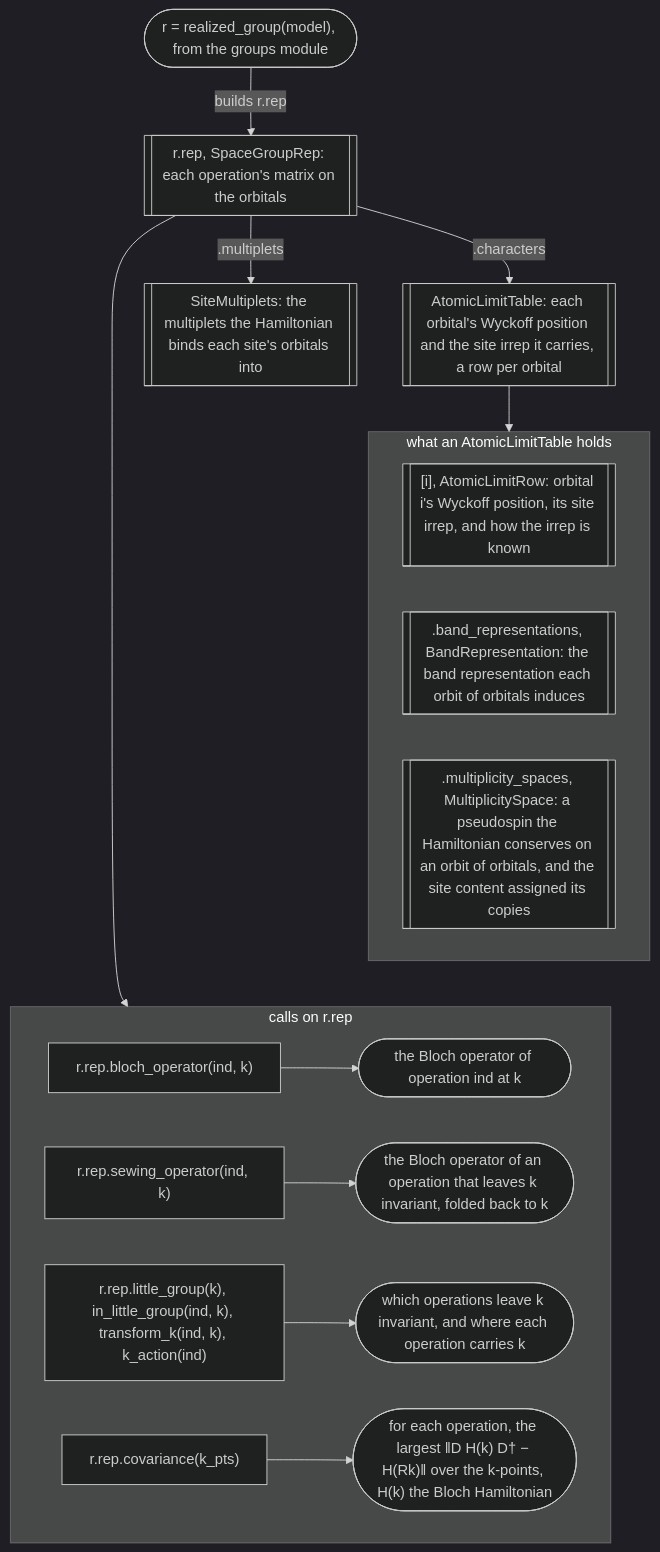
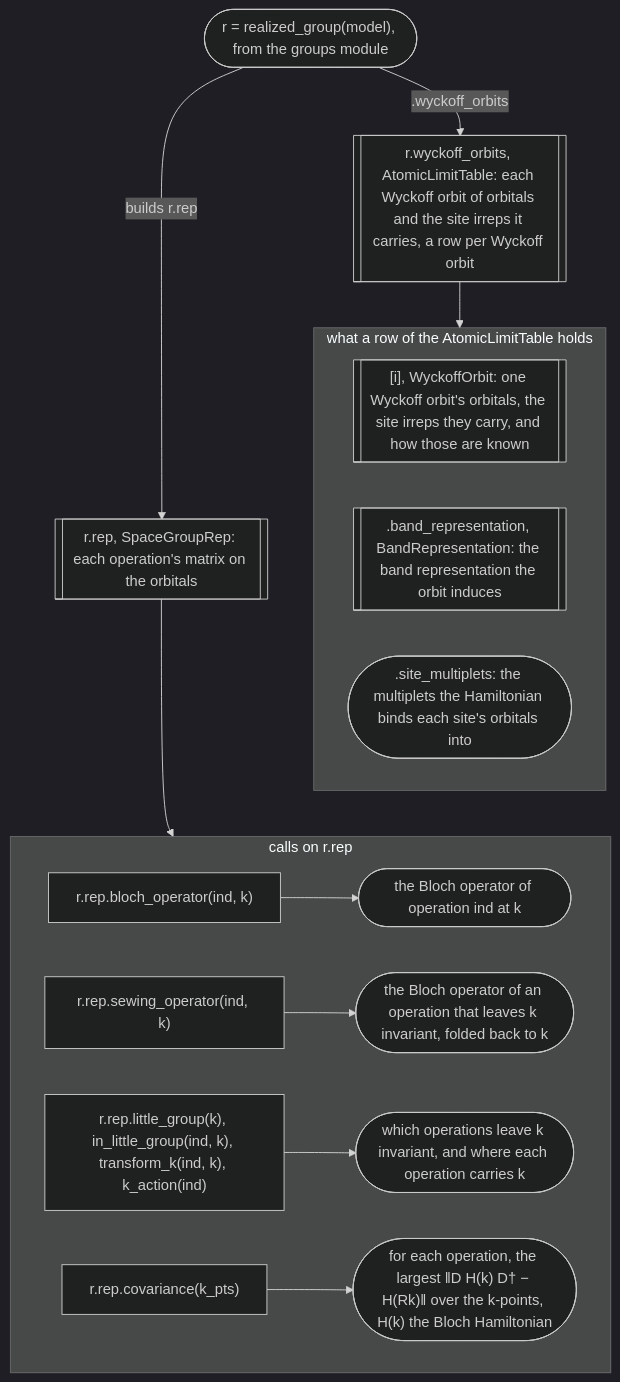
Before and after one commit to bbradlyn/pythtqc: the third of 8 diagrams in docs/background/modules.md, drawn with Mermaid (dark theme). The commit also changed other lines of this file and 78 other files, not shown here.

First line of the commit message:
pythtqc: what realized_group returns is read by name, its orbitals as rows by Wyckoff orbit

````diff
--- a/docs/background/modules.md
+++ b/docs/background/modules.md
@@ -109,29 +109,27 @@
 ```mermaid
 flowchart TD
     s_realized(["r = realized_group(model), from the groups module"])
     s_rep[["r.rep, SpaceGroupRep: each operation's matrix on the orbitals"]]
-    s_table[["AtomicLimitTable: each orbital's Wyckoff position and the site irrep it carries, a row per orbital"]]
-    s_mult[["SiteMultiplets: the multiplets the Hamiltonian binds each site's orbitals into"]]
+    s_table[["r.wyckoff_orbits, AtomicLimitTable: each Wyckoff orbit of orbitals and the site irreps it carries, a row per Wyckoff orbit"]]
 
     s_realized -- "builds r.rep" --> s_rep
-    s_rep -- ".characters" --> s_table
-    s_rep -- ".multiplets" --> s_mult
+    s_realized -- ".wyckoff_orbits" --> s_table
     s_table --> s_parts
     s_rep --> s_calls
     s_parts ~~~ s_calls
 
-    subgraph s_parts ["what an AtomicLimitTable holds"]
+    subgraph s_parts ["what a row of the AtomicLimitTable holds"]
         direction LR
-        s_row[["[i], AtomicLimitRow: orbital i's Wyckoff position, its site irrep, and how the irrep is known"]]
-        s_br[[".band_representations, BandRepresentation: the band representation each orbit of orbitals induces"]]
-        s_ms[[".multiplicity_spaces, MultiplicitySpace: a pseudospin the Hamiltonian conserves on an orbit of orbitals, and the site content assigned its copies"]]
+        s_row[["[i], WyckoffOrbit: one Wyckoff orbit's orbitals, the site irreps they carry, and how those are known"]]
+        s_br[[".band_representation, BandRepresentation: the band representation the orbit induces"]]
+        s_mult([".site_multiplets: the multiplets the Hamiltonian binds each site's orbitals into"])
     end
 
     subgraph s_calls ["calls on r.rep"]
         direction LR
         s_bloch["r.rep.bloch_operator(ind, k)"] --> s_bloch_out(["the Bloch operator of operation ind at k"])
         s_sew["r.rep.sewing_operator(ind, k)"] --> s_sew_out(["the Bloch operator of an operation that leaves k invariant, folded back to k"])
         s_little["r.rep.little_group(k), in_little_group(ind, k), transform_k(ind, k), k_action(ind)"] --> s_little_out(["which operations leave k invariant, and where each operation carries k"])
         s_cov["r.rep.covariance(k_pts)"] --> s_cov_out(["for each operation, the largest ‖D H(k) D† − H(Rk)‖ over the k-points, H(k) the Bloch Hamiltonian"])
     end
 ```
````
